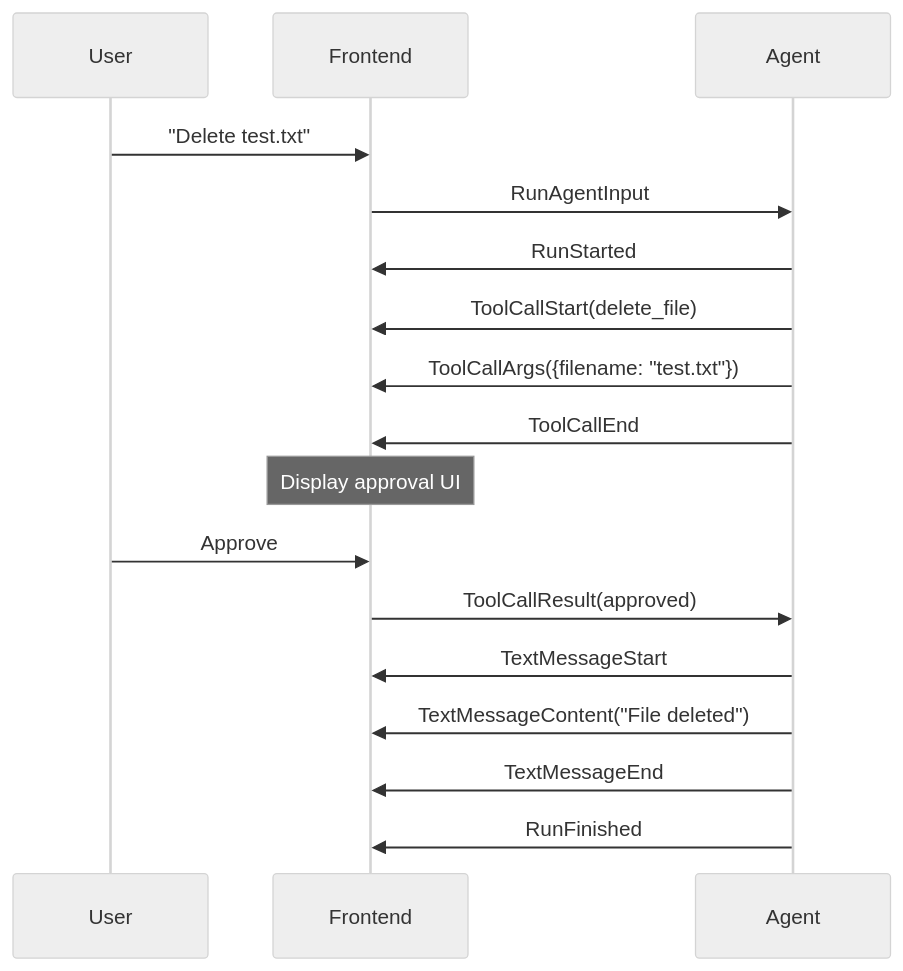
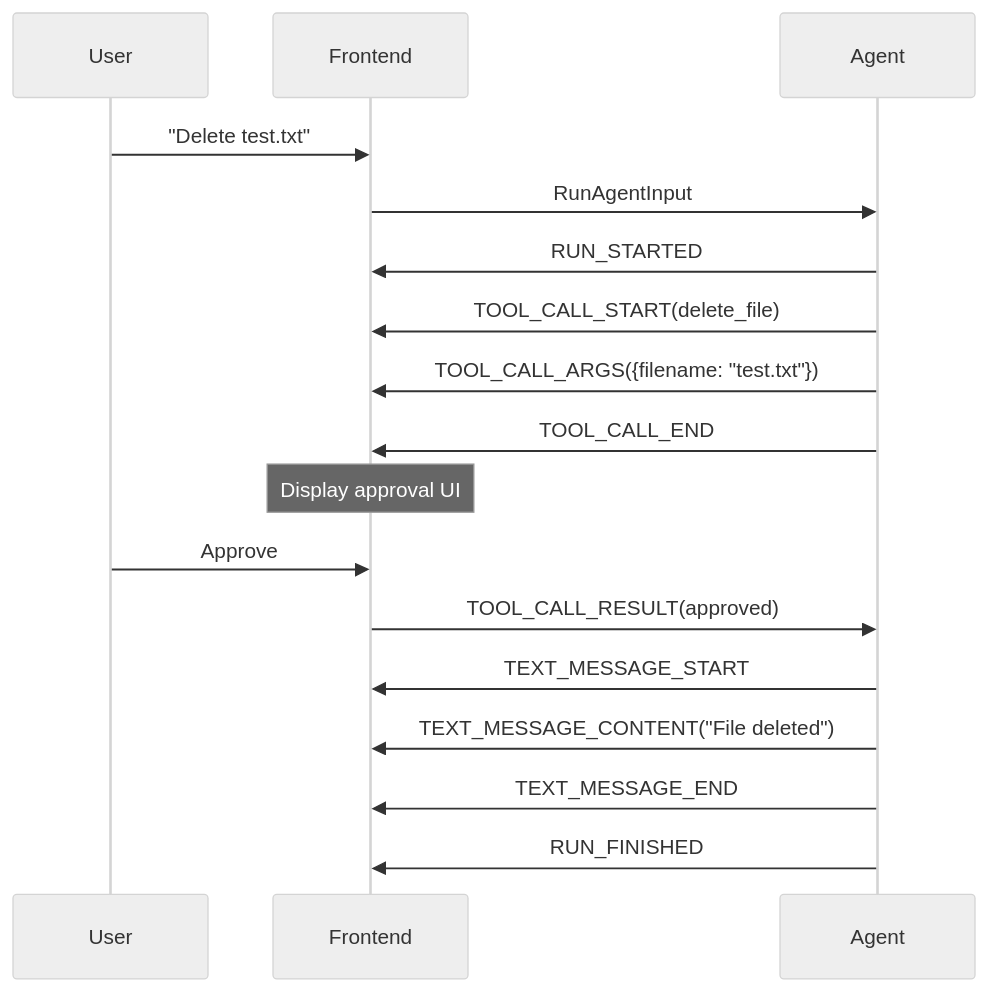
Before and after one commit to yoichiozaki/yoichiozaki.github.io: diagram 11 of 12 in content/blog/en/ag-ui-protocol.mdx, drawn with Mermaid (neutral theme). The commit also changed other lines of this file and 88 other files, not shown here.

````diff
--- a/content/blog/en/ag-ui-protocol.mdx
+++ b/content/blog/en/ag-ui-protocol.mdx
@@ -768,19 +773,19 @@
 ```mermaid
 sequenceDiagram
     participant U as User
     participant F as Frontend
     participant A as Agent
     U->>F: "Delete test.txt"
     F->>A: RunAgentInput
-    A->>F: RunStarted
-    A->>F: ToolCallStart(delete_file)
-    A->>F: ToolCallArgs({filename: "test.txt"})
-    A->>F: ToolCallEnd
+    A->>F: RUN_STARTED
+    A->>F: TOOL_CALL_START(delete_file)
+    A->>F: TOOL_CALL_ARGS({filename: "test.txt"})
+    A->>F: TOOL_CALL_END
     Note over F: Display approval UI
     U->>F: Approve
-    F->>A: ToolCallResult(approved)
-    A->>F: TextMessageStart
-    A->>F: TextMessageContent("File deleted")
-    A->>F: TextMessageEnd
-    A->>F: RunFinished
+    F->>A: TOOL_CALL_RESULT(approved)
+    A->>F: TEXT_MESSAGE_START
+    A->>F: TEXT_MESSAGE_CONTENT("File deleted")
+    A->>F: TEXT_MESSAGE_END
+    A->>F: RUN_FINISHED
 ```
````
